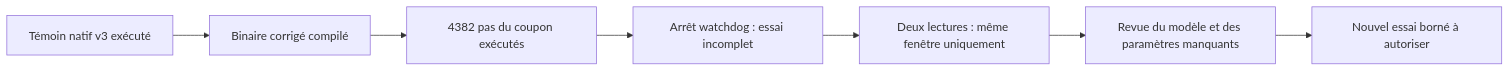
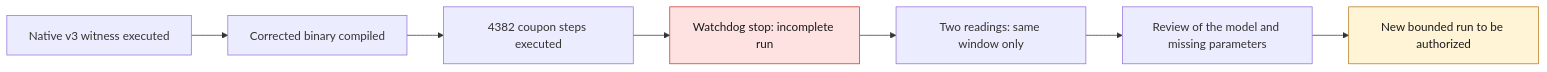
One commit to cluster2600/porscheparts changed the diagram in docs/reports/M64_F58_CORRECTED_COUPON_20260908.md. Above: the diagram before and after it, drawn with Mermaid. The commit also changed other lines of this file and 228 other files, not shown here.

````diff
--- a/docs/reports/M64_F58_CORRECTED_COUPON_20260908.md
+++ b/docs/reports/M64_F58_CORRECTED_COUPON_20260908.md
@@ -84,9 +86,13 @@
 ```mermaid
 flowchart LR
-    A[Témoin natif v3 exécuté] --> B[Binaire corrigé compilé]
-    B --> C[4382 pas du coupon exécutés]
-    C --> D[Arrêt watchdog : essai incomplet]
-    D --> E[Deux lectures : même fenêtre uniquement]
-    E --> F[Revue du modèle et des paramètres manquants]
-    F --> G[Nouvel essai borné à autoriser]
+    A[Native v3 witness executed] --> B[Corrected binary compiled]
+    B --> C[4382 coupon steps executed]
+    C --> D[Watchdog stop: incomplete run]
+    D --> E[Two readings: same window only]
+    E --> F[Review of the model and missing parameters]
+    F --> G[New bounded run to be authorized]
+    classDef stop fill:#fde2e1,stroke:#c0392b,color:#1a1a1a;
+    classDef open fill:#fff4d6,stroke:#b7791f,color:#1a1a1a;
+    class D stop
+    class G open
 ```
````
